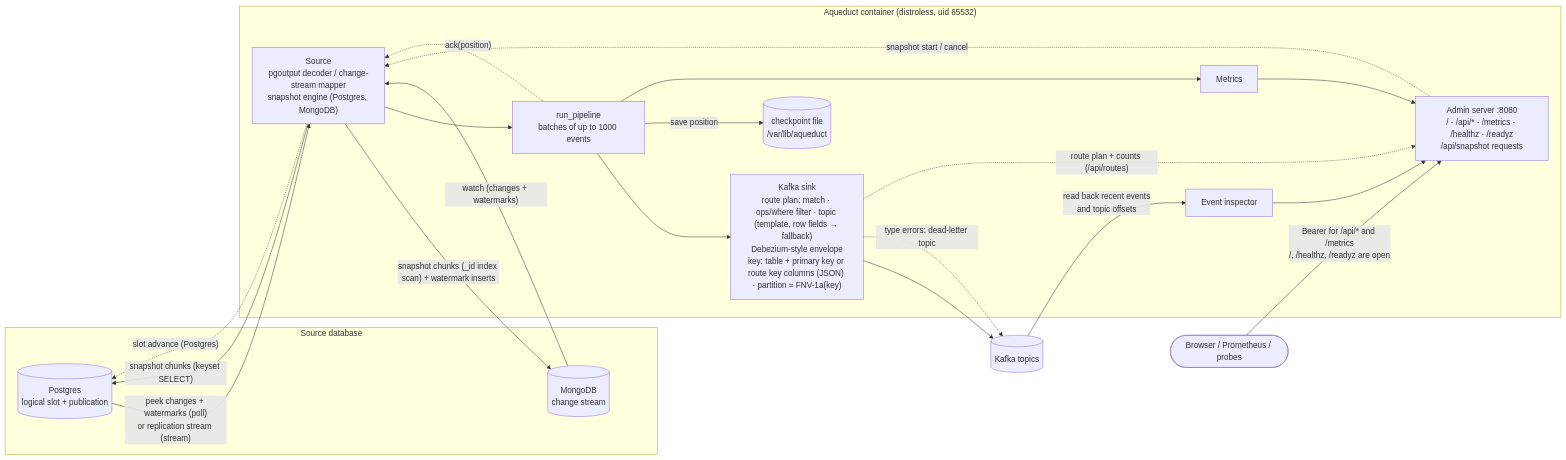
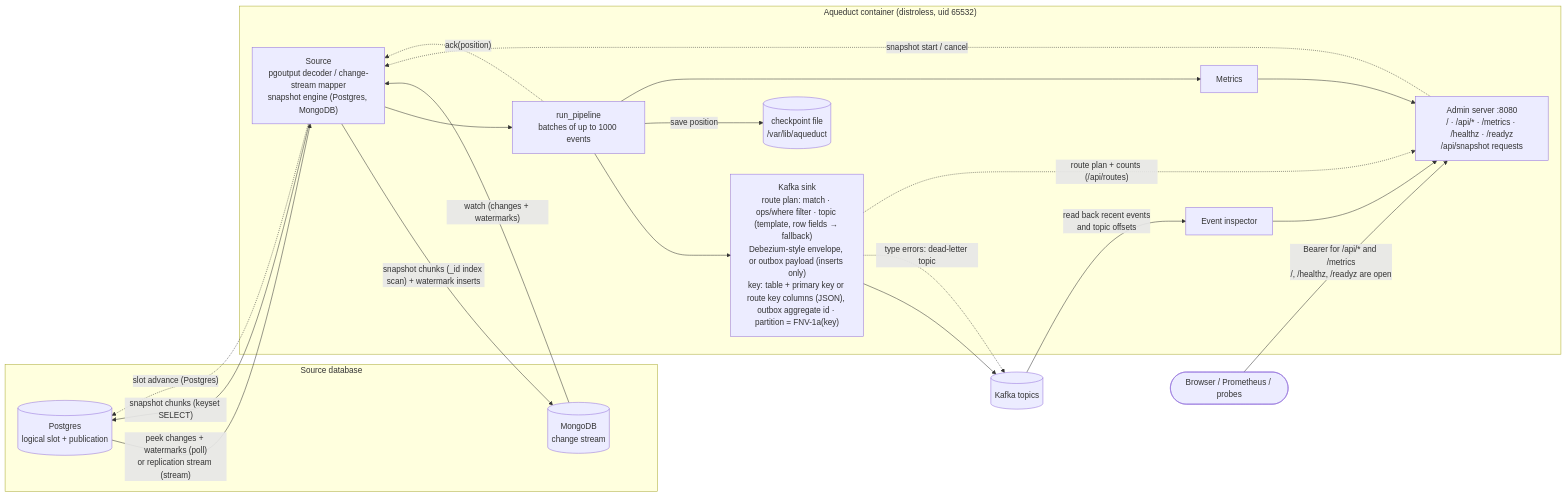
One commit to yarncraft/aqueduct changed the first of 3 diagrams in README.md. Above: the diagram before and after it, drawn with Mermaid. The commit also changed other lines of this file and 11 other files, not shown here.

````diff
--- a/README.md
+++ b/README.md
@@ -18,35 +18,35 @@
 ```mermaid
 flowchart LR
     subgraph db["Source database"]
         PG[("Postgres<br/>logical slot + publication")]
         MG[("MongoDB<br/>change stream")]
     end
 
     subgraph aq["Aqueduct container (distroless, uid 65532)"]
         SRC["Source<br/>pgoutput decoder / change-stream mapper<br/>snapshot engine (Postgres, MongoDB)"]
         PIPE["run_pipeline<br/>batches of up to 1000 events"]
-        SINK["Kafka sink<br/>route plan: match · ops/where filter · topic (template, row fields → fallback)<br/>Debezium-style envelope<br/>key: table + primary key or route key columns (JSON) · partition = FNV-1a(key)"]
+        SINK["Kafka sink<br/>route plan: match · ops/where filter · topic (template, row fields → fallback)<br/>Debezium-style envelope, or outbox payload (inserts only)<br/>key: table + primary key or route key columns (JSON), outbox aggregate id · partition = FNV-1a(key)"]
         CK[("checkpoint file<br/>/var/lib/aqueduct")]
         MET["Metrics"]
         ADM["Admin server :8080<br/>/ · /api/* · /metrics · /healthz · /readyz<br/>/api/snapshot requests"]
         INS["Event inspector"]
     end
 
     K[("Kafka topics")]
     U(["Browser / Prometheus / probes"])
 
     PG -- "peek changes + watermarks (poll)<br/>or replication stream (stream)" --> SRC
     SRC -- "snapshot chunks (keyset SELECT)" --> PG
     MG -- "watch (changes + watermarks)" --> SRC
     SRC -- "snapshot chunks (_id index scan) + watermark inserts" --> MG
     SRC --> PIPE --> SINK --> K
     SINK -. "type errors: dead-letter topic" .-> K
     SINK -. "route plan + counts (/api/routes)" .-> ADM
     PIPE -- "save position" --> CK
     PIPE -. "ack(position)" .-> SRC
     SRC -. "slot advance (Postgres)" .-> PG
     PIPE --> MET --> ADM
     ADM -. "snapshot start / cancel" .-> SRC
     K -- "read back recent events<br/>and topic offsets" --> INS --> ADM
     U -- "Bearer for /api/* and /metrics<br/>/, /healthz, /readyz are open" --> ADM
 ```
````
